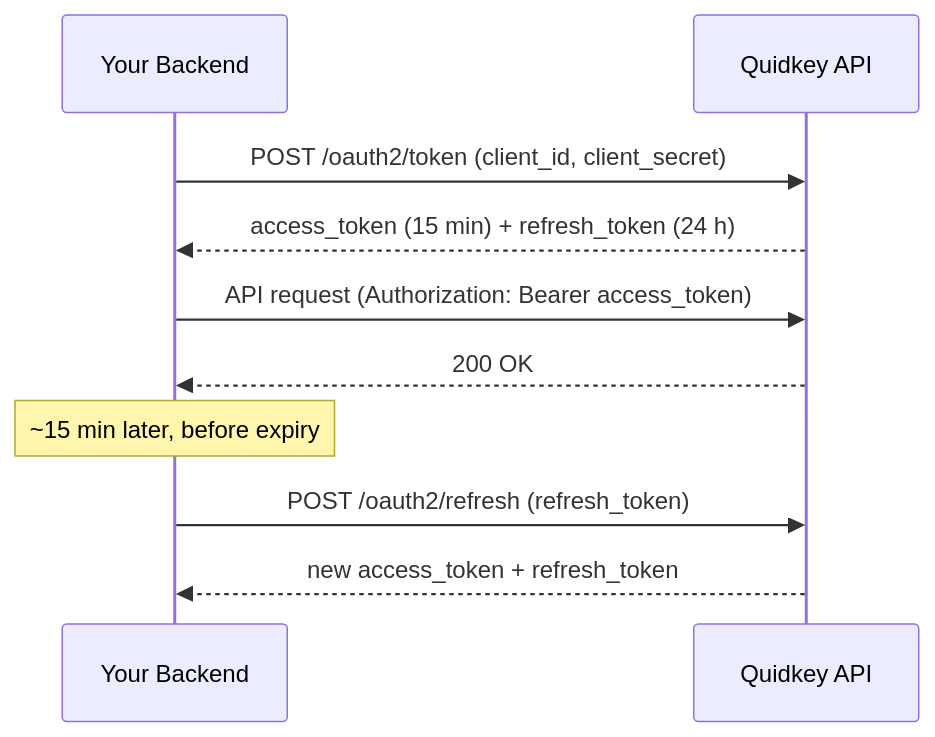
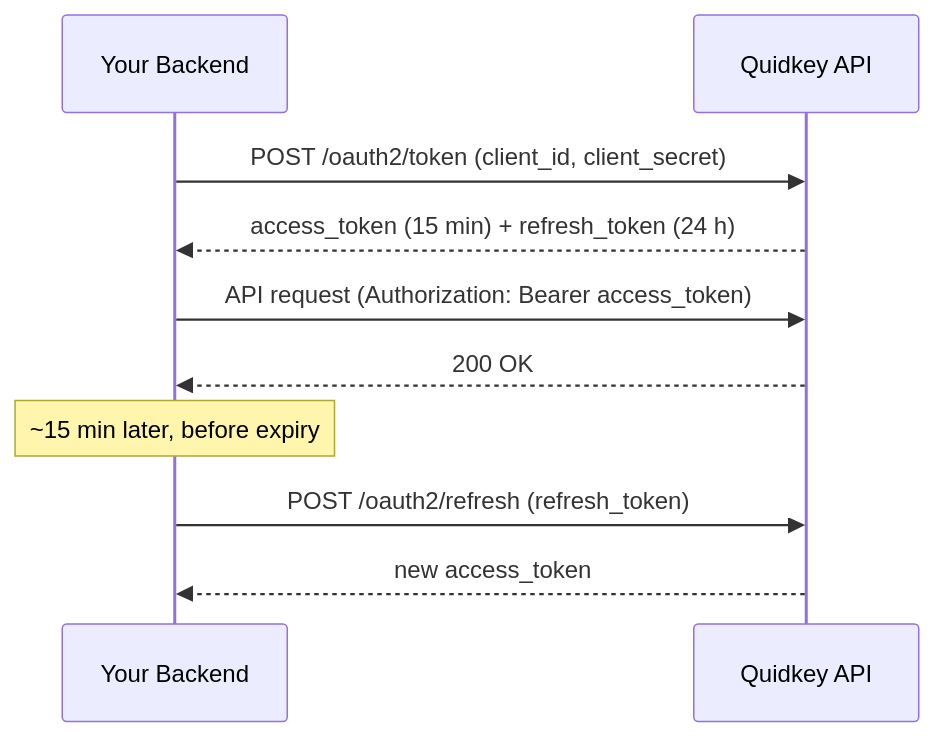
One commit to Banqzinc/docs changed the diagram in guides/payment-api/concepts/authentication.mdx. Above: the diagram before and after it, drawn with Mermaid. The commit also changed other lines of this file and 6 other files, not shown here.

````diff
--- a/guides/payment-api/concepts/authentication.mdx
+++ b/guides/payment-api/concepts/authentication.mdx
@@ -146,12 +146,12 @@
 ```mermaid
 sequenceDiagram
     participant App as Your Backend
     participant API as Quidkey API
     App->>API: POST /oauth2/token (client_id, client_secret)
     API-->>App: access_token (15 min) + refresh_token (24 h)
     App->>API: API request (Authorization: Bearer access_token)
     API-->>App: 200 OK
     Note over App: ~15 min later, before expiry
     App->>API: POST /oauth2/refresh (refresh_token)
-    API-->>App: new access_token + refresh_token
+    API-->>App: new access_token
 ```
````
